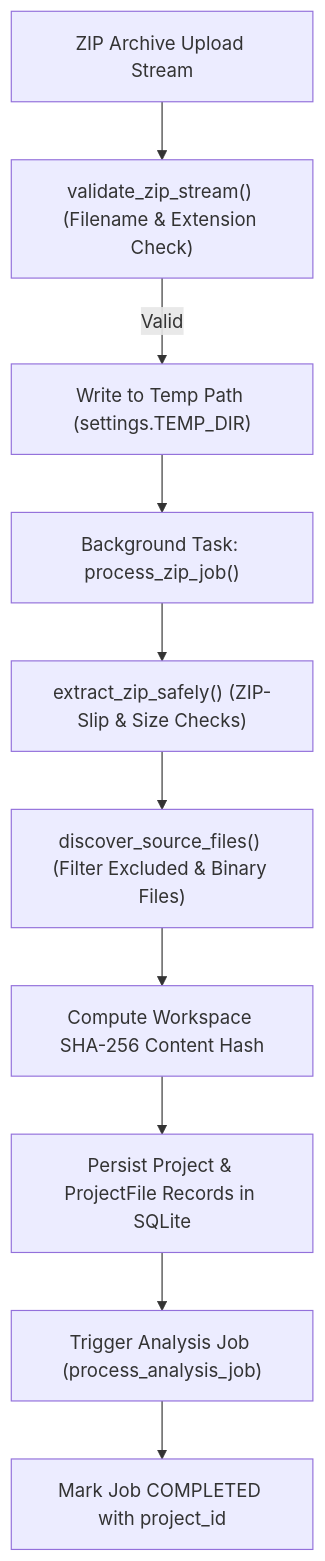
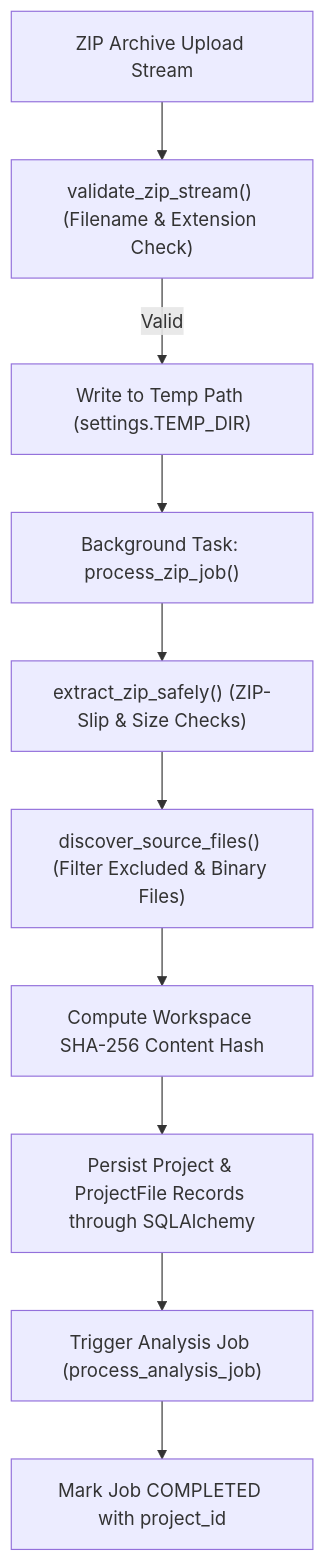
Before and after one commit to KansagaraManav2006/codeoracle: the second of 10 diagrams in docs/PROJECT_WORKFLOWS_AND_RUBRIC.md, drawn with Mermaid. The commit also changed other lines of this file and 38 other files, not shown here.

````diff
--- a/docs/PROJECT_WORKFLOWS_AND_RUBRIC.md
+++ b/docs/PROJECT_WORKFLOWS_AND_RUBRIC.md
@@ -132,12 +132,12 @@
 ```mermaid
 flowchart TD
     A["ZIP Archive Upload Stream"] --> B["validate_zip_stream() (Filename & Extension Check)"]
     B -->|Valid| C["Write to Temp Path (settings.TEMP_DIR)"]
     C --> D["Background Task: process_zip_job()"]
     D --> E["extract_zip_safely() (ZIP-Slip & Size Checks)"]
     E --> F["discover_source_files() (Filter Excluded & Binary Files)"]
     F --> G["Compute Workspace SHA-256 Content Hash"]
-    G --> H["Persist Project & ProjectFile Records in SQLite"]
+    G --> H["Persist Project & ProjectFile Records through SQLAlchemy"]
     H --> I["Trigger Analysis Job (process_analysis_job)"]
     I --> J["Mark Job COMPLETED with project_id"]
 ```
````
